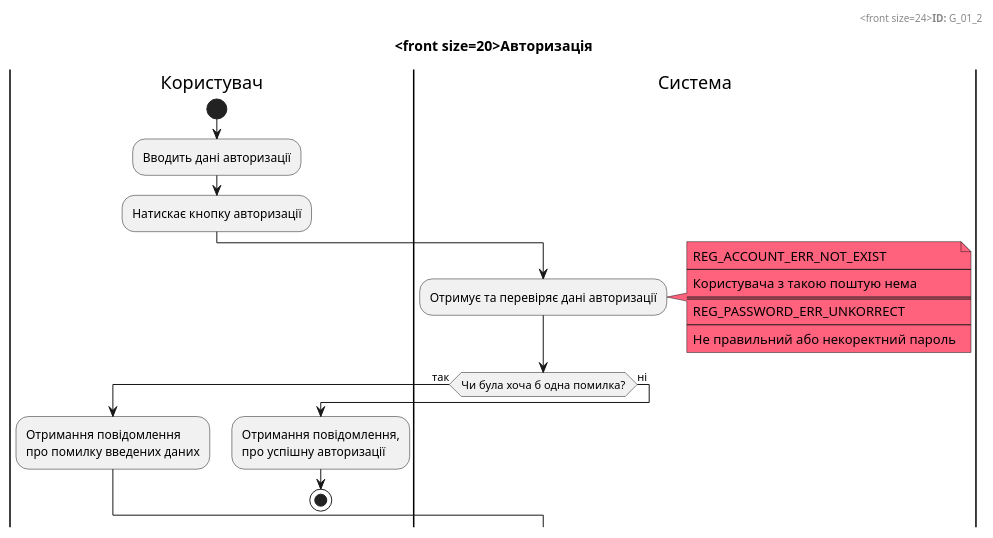
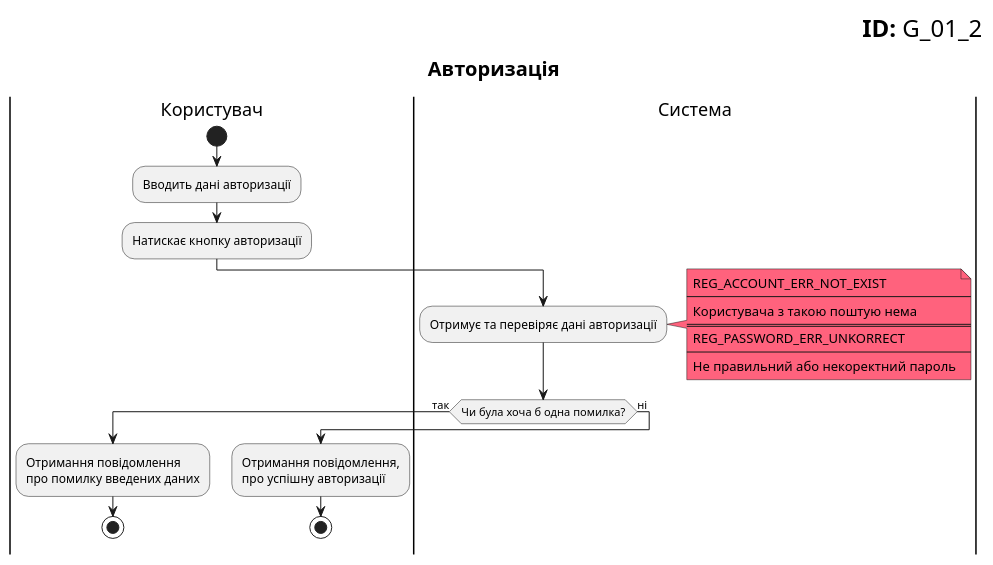
The tenth of 15 diagrams in docs/use cases/README.md (kkatkot/Theme2), drawn with PlantUML before and after one commit. The commit also changed other lines of this file, not shown here.

```diff
--- a/docs/use cases/README.md
+++ b/docs/use cases/README.md
@@ -541,36 +541,36 @@
 @startuml
 
     right header
-        <front size=24><b>ID:</b> G_01_2
+        <font size=24 color=black><b>ID:</b> G_01_2
     end header
 
     title
-        <front size=20>Авторизація
+        <font size=20>Авторизація
     end title
 
     |Користувач|
     start
     :Вводить дані авторизації;
     :Натискає кнопку авторизації;
     
     |Система|
     :Отримує та перевіряє дані авторизації;
     note right #ff627d
         REG_ACCOUNT_ERR_NOT_EXIST
         ----
         Користувача з такою поштую нема
         ====
         REG_PASSWORD_ERR_UNKORRECT
         ----
         Не правильний або некоректний пароль
     end note
     if (Чи була хоча б одна помилка?) then (так) 
         |Користувач|
         :Отримання повідомлення\nпро помилку введених даних;
+        stop
     else (ні)
         |Користувач|
         :Отримання повідомлення,\nпро успішну авторизації;
-
-    stop
+        stop
 
 @enduml
```
